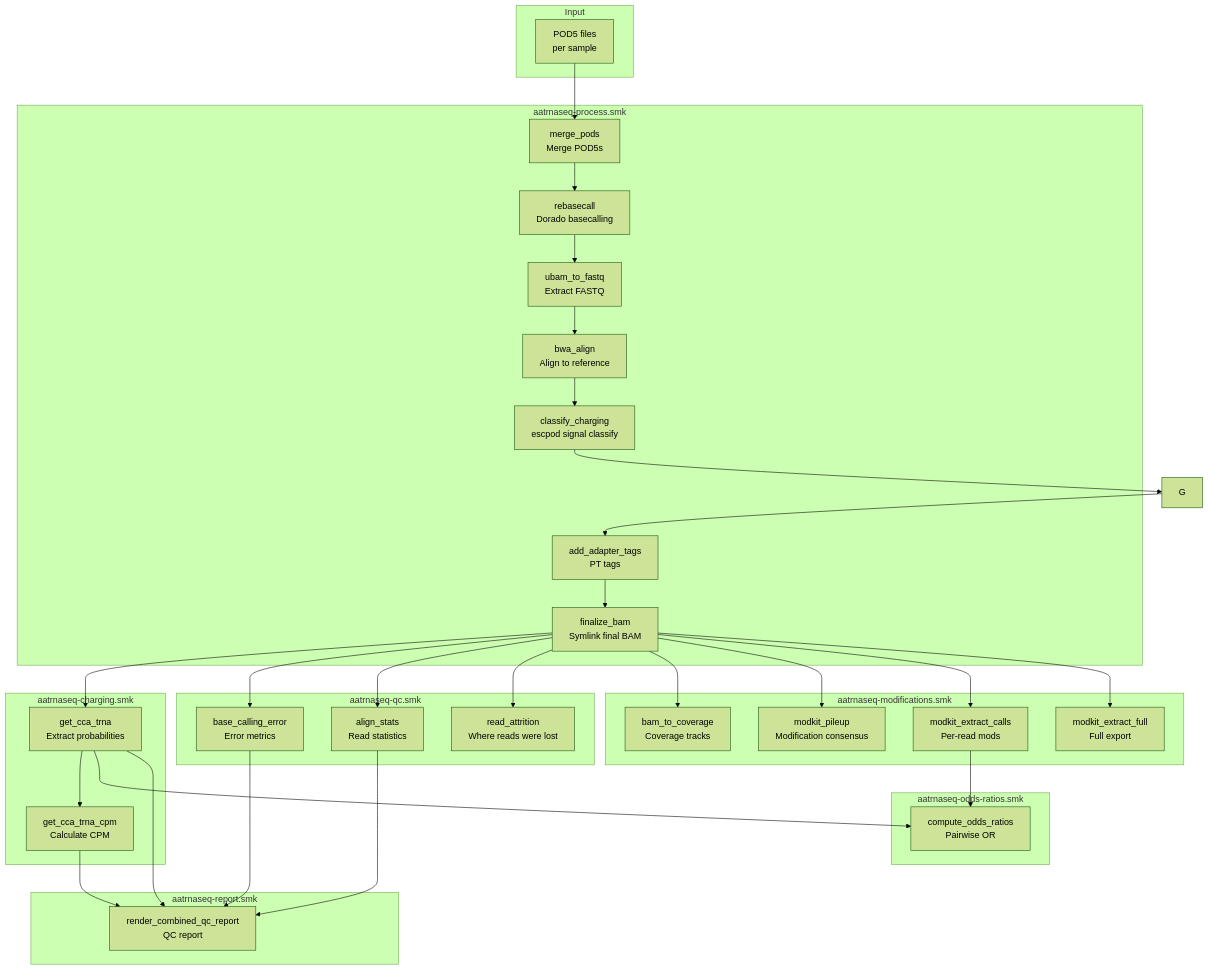
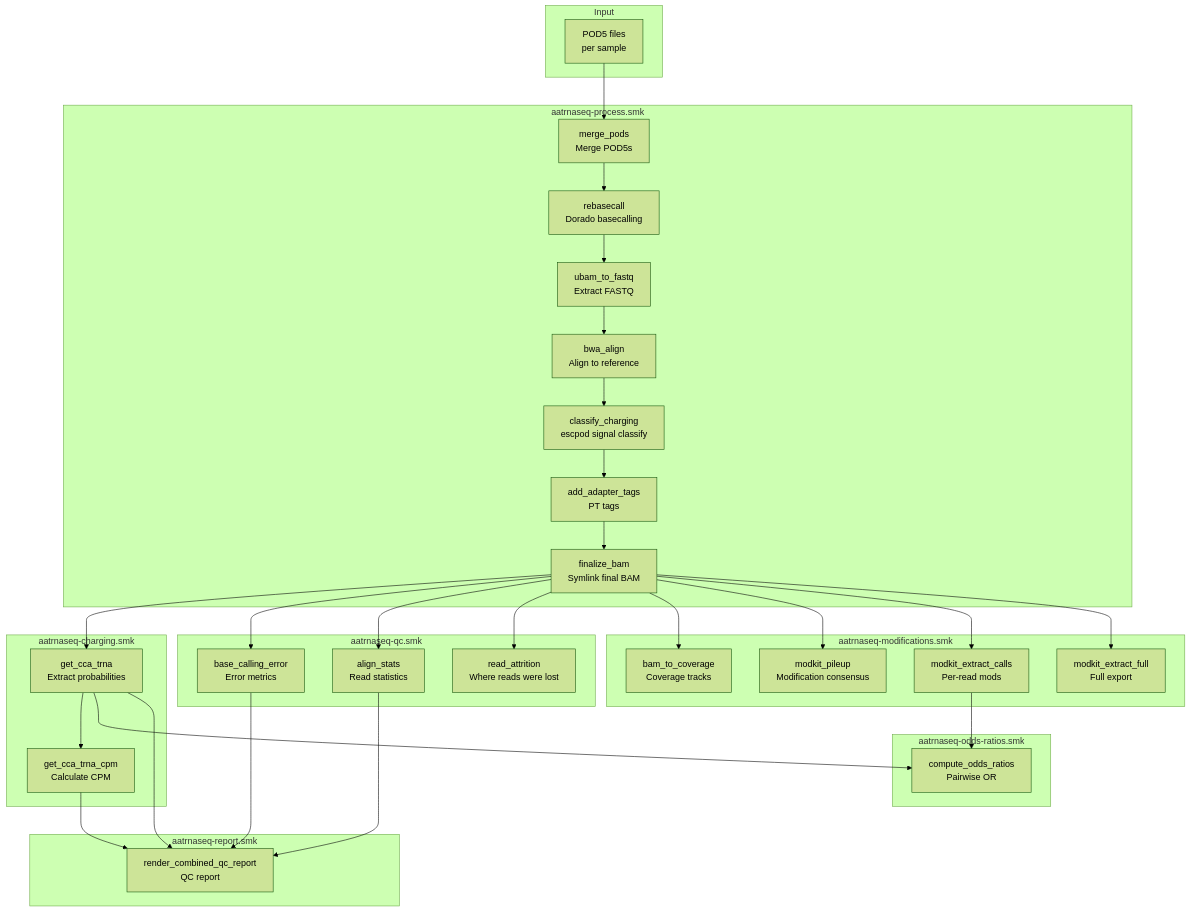
One commit to rnabioco/aa-tRNA-seq-pipeline changed the second of 3 diagrams in docs/workflow/overview.md. Above: the diagram before and after it, drawn with Mermaid (forest theme). The commit also changed 4 other files, not shown here.

Commit message:
docs: reconnect the mermaid diagrams orphaned by the transfer_bam_tags removal (#118)

````diff
--- a/docs/workflow/overview.md
+++ b/docs/workflow/overview.md
@@ -35,59 +35,59 @@
 ```mermaid
 flowchart TB
     subgraph Input
         A[POD5 files<br/>per sample]
     end
 
     subgraph Processing[aatrnaseq-process.smk]
         B[merge_pods<br/>Merge POD5s]
         C[rebasecall<br/>Dorado basecalling]
         D[ubam_to_fastq<br/>Extract FASTQ]
         E[bwa_align<br/>Align to reference]
         F[classify_charging<br/>escpod signal classify]
         G2[add_adapter_tags<br/>PT tags]
         G3[finalize_bam<br/>Symlink final BAM]
     end
 
     subgraph Charging[aatrnaseq-charging.smk]
         H[get_cca_trna<br/>Extract probabilities]
         I[get_cca_trna_cpm<br/>Calculate CPM]
     end
 
     subgraph QC[aatrnaseq-qc.smk]
         J[base_calling_error<br/>Error metrics]
         K[align_stats<br/>Read statistics]
         L[read_attrition<br/>Where reads were lost]
     end
 
     subgraph Mods[aatrnaseq-modifications.smk]
         M[bam_to_coverage<br/>Coverage tracks]
         N[modkit_pileup<br/>Modification consensus]
         O[modkit_extract_calls<br/>Per-read mods]
         P[modkit_extract_full<br/>Full export]
     end
 
     subgraph OddsRatios[aatrnaseq-odds-ratios.smk]
         Q[compute_odds_ratios<br/>Pairwise OR]
     end
 
     subgraph Report[aatrnaseq-report.smk]
         R[render_combined_qc_report<br/>QC report]
     end
 
-    A --> B --> C --> D --> E --> F --> G --> G2 --> G3
+    A --> B --> C --> D --> E --> F --> G2 --> G3
 
     G3 --> H --> I
     G3 --> J
     G3 --> K
     G3 --> L
     G3 --> M
     G3 --> N
     G3 --> O
     G3 --> P
     O --> Q
     H --> Q
     J --> R
     H --> R
     I --> R
     K --> R
 ```
````
